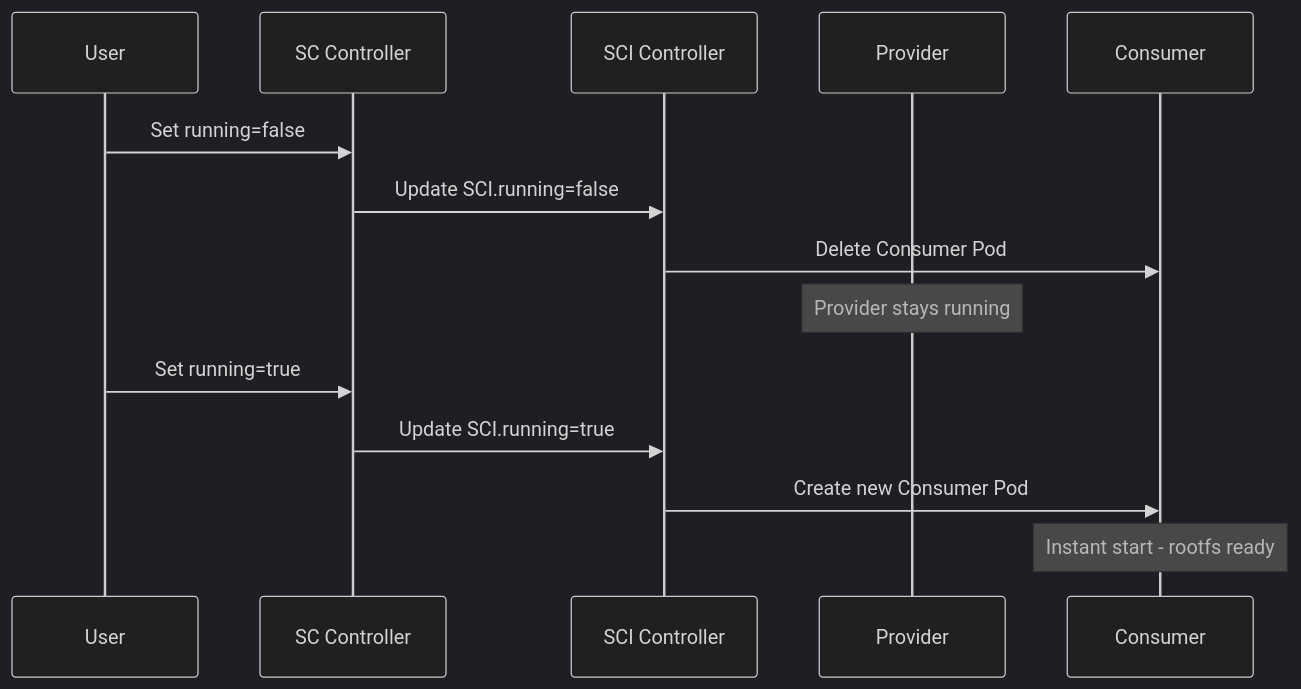
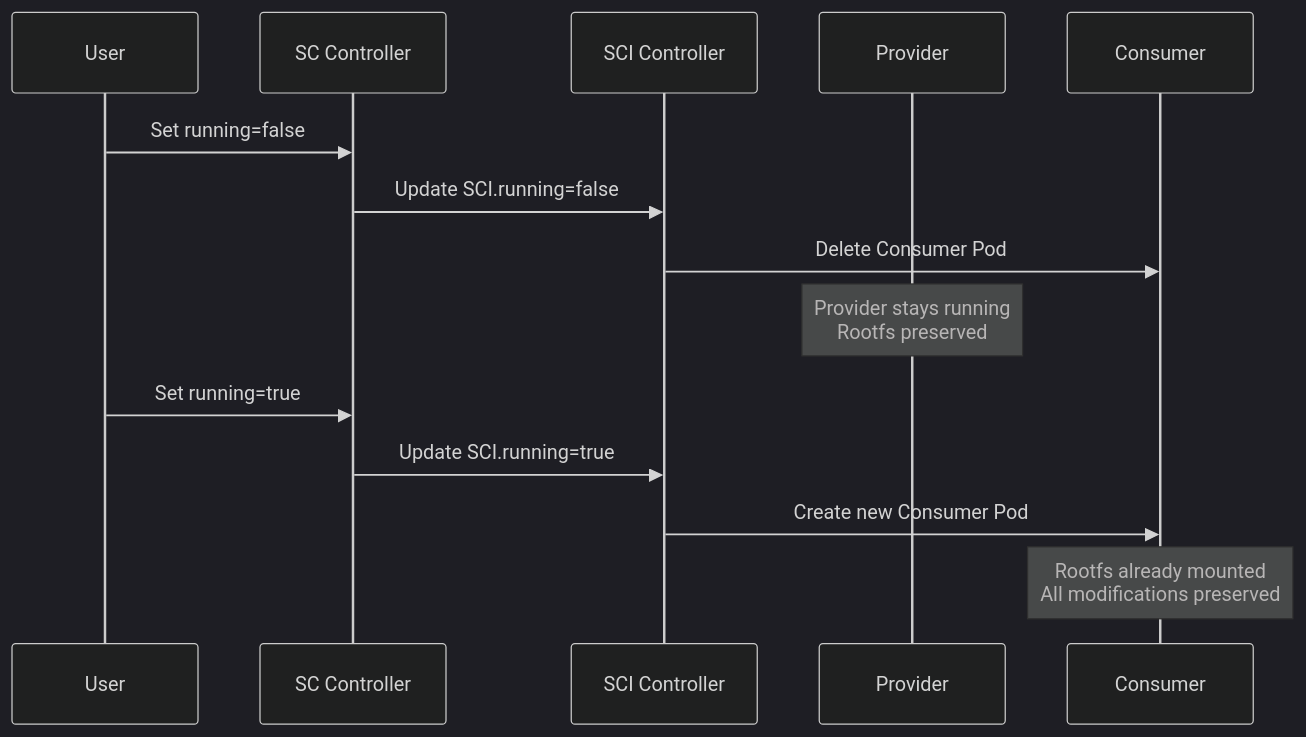
One commit to xtlsoft/stoppablecontainer changed the second of 2 diagrams in docs-site/docs/concepts/architecture.md. Above: the diagram before and after it, drawn with Mermaid (dark theme). The commit also changed other lines of this file and 15 other files, not shown here.

First line of the commit message:
docs: comprehensive documentation update for DaemonSet architecture

````diff
--- a/docs-site/docs/concepts/architecture.md
+++ b/docs-site/docs/concepts/architecture.md
@@ -136,18 +162,18 @@
 ```mermaid
 sequenceDiagram
     participant User
     participant SC Controller
     participant SCI Controller
     participant Provider
     participant Consumer
 
     User->>SC Controller: Set running=false
     SC Controller->>SCI Controller: Update SCI.running=false
     SCI Controller->>Consumer: Delete Consumer Pod
-    Note over Provider: Provider stays running
+    Note over Provider: Provider stays running<br/>Rootfs preserved
     
     User->>SC Controller: Set running=true
     SC Controller->>SCI Controller: Update SCI.running=true
     SCI Controller->>Consumer: Create new Consumer Pod
-    Note over Consumer: Instant start - rootfs ready
+    Note over Consumer: Rootfs already mounted<br/>All modifications preserved
 ```
````
